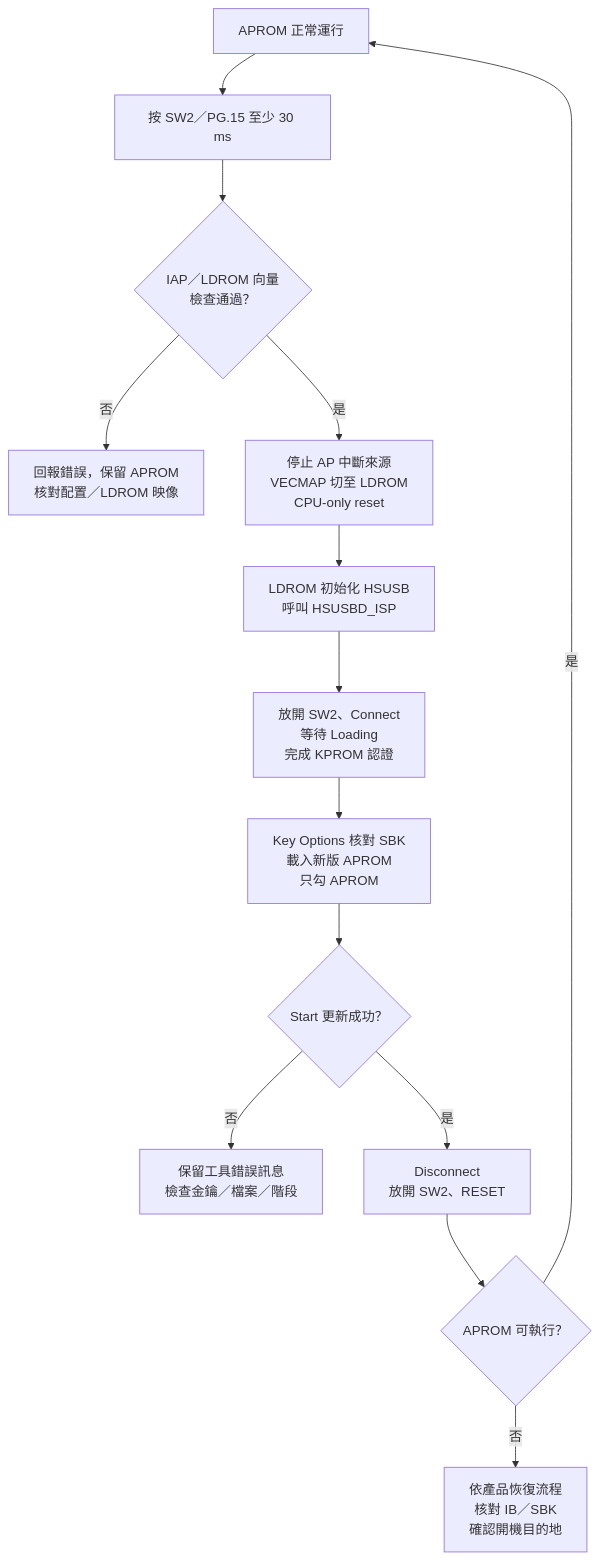
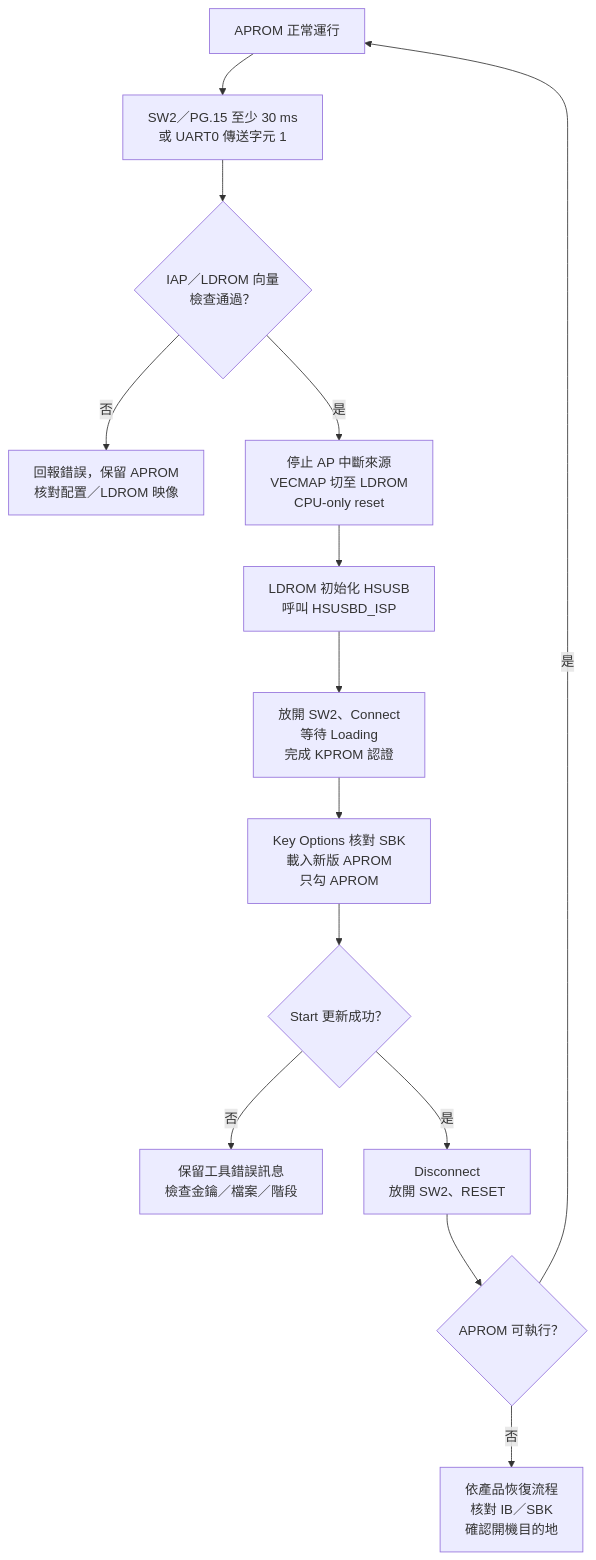
The second of 3 diagrams in index.md (released/slide_Nuvoton_secure_boot_operation_M480), drawn with Mermaid before and after one commit. The commit also changed other lines of this file and 7 other files, not shown here.

````diff
--- a/index.md
+++ b/index.md
@@ -242,16 +367,16 @@
 ```mermaid
 flowchart TD
-    A["APROM 正常運行"] --> B["按 SW2／PG.15 至少 30 ms"]
+    A["APROM 正常運行"] --> B["SW2／PG.15 至少 30 ms<br/>或 UART0 傳送字元 1"]
     B --> C{"IAP／LDROM 向量<br/>檢查通過？"}
     C -->|否| X["回報錯誤，保留 APROM<br/>核對配置／LDROM 映像"]
     C -->|是| D["停止 AP 中斷來源<br/>VECMAP 切至 LDROM<br/>CPU-only reset"]
     D --> E["LDROM 初始化 HSUSB<br/>呼叫 HSUSBD_ISP"]
     E --> F["放開 SW2、Connect<br/>等待 Loading<br/>完成 KPROM 認證"]
     F --> G["Key Options 核對 SBK<br/>載入新版 APROM<br/>只勾 APROM"]
     G --> H{"Start 更新成功？"}
     H -->|否| Y["保留工具錯誤訊息<br/>檢查金鑰／檔案／階段"]
     H -->|是| I["Disconnect<br/>放開 SW2、RESET"]
     I --> J{"APROM 可執行？"}
     J -->|是| A
     J -->|否| Z["依產品恢復流程<br/>核對 IB／SBK<br/>確認開機目的地"]
 ```
````
